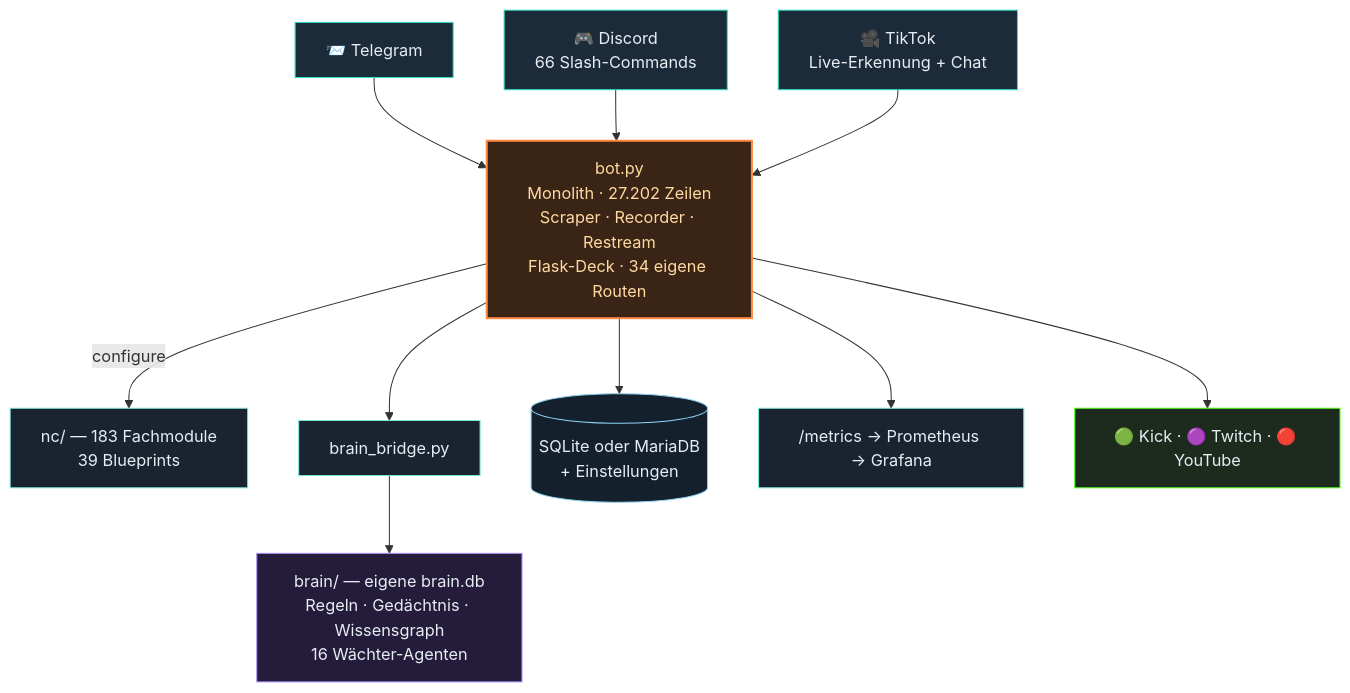
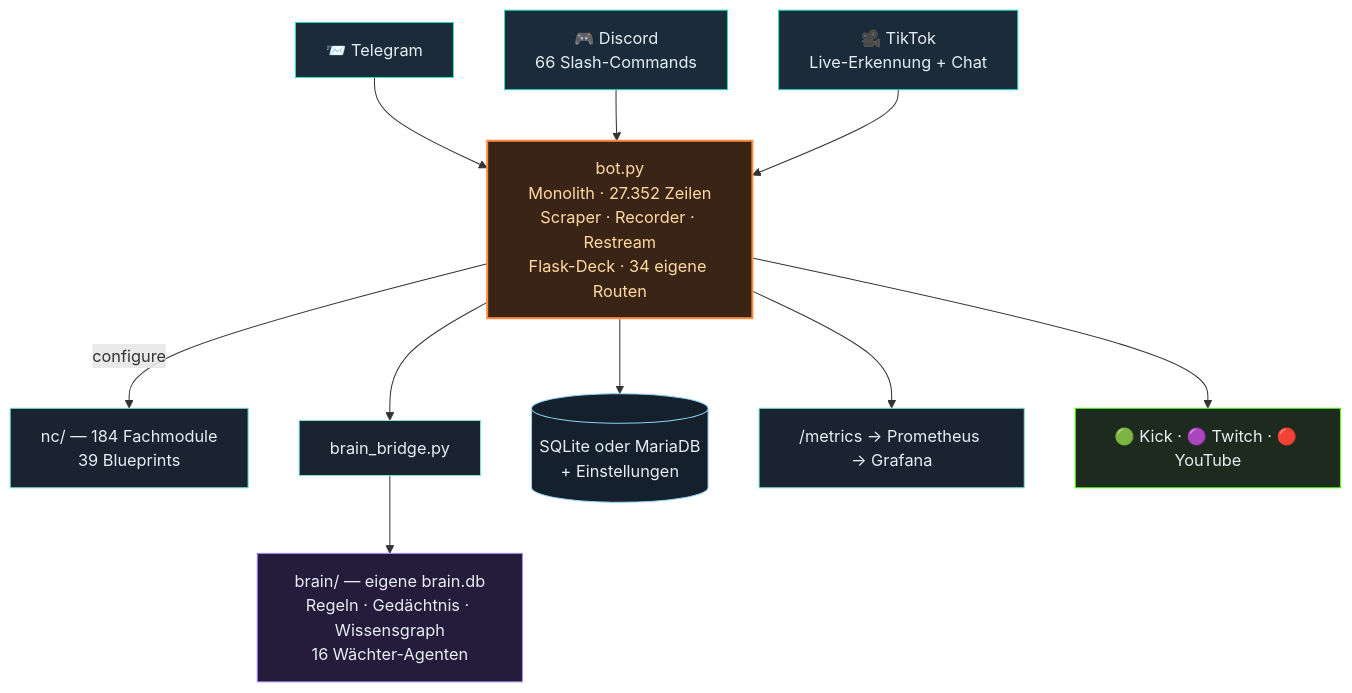
Before and after one commit to itsamemedev/Telegram-Stream-Info-Bot: the second of 3 diagrams in README.md, drawn with Mermaid. The commit also changed other lines of this file and 21 other files, not shown here.

````diff
--- a/README.md
+++ b/README.md
@@ -118,19 +118,19 @@
 ```mermaid
 flowchart TB
     TG["📨 Telegram"]:::ein --> BOT
     DC["🎮 Discord<br/>66 Slash-Commands"]:::ein --> BOT
     TT["🎥 TikTok<br/>Live-Erkennung + Chat"]:::ein --> BOT
-    BOT["bot.py<br/>Monolith · 27.202 Zeilen<br/>Scraper · Recorder · Restream<br/>Flask-Deck · 34 eigene Routen"]:::core
-    BOT -->|configure| NC["nc/ — 183 Fachmodule<br/>39 Blueprints"]:::lib
+    BOT["bot.py<br/>Monolith · 27.352 Zeilen<br/>Scraper · Recorder · Restream<br/>Flask-Deck · 34 eigene Routen"]:::core
+    BOT -->|configure| NC["nc/ — 184 Fachmodule<br/>39 Blueprints"]:::lib
     BOT --> BR["brain_bridge.py"]:::lib
     BR --> BRAIN["brain/ — eigene brain.db<br/>Regeln · Gedächtnis · Wissensgraph<br/>16 Wächter-Agenten"]:::brain
     BOT --> DB[("SQLite oder MariaDB<br/>+ Einstellungen")]:::db
     BOT --> PROM["/metrics → Prometheus → Grafana"]:::lib
     BOT --> OUT["🟢 Kick · 🟣 Twitch · 🔴 YouTube"]:::out
     classDef ein fill:#1c2b3a,stroke:#2de1c2,color:#e6edf3
     classDef core fill:#3a2415,stroke:#ff8c42,stroke-width:2px,color:#ffd9a0
     classDef lib fill:#1a2430,stroke:#7fe7d4,color:#e6edf3
     classDef brain fill:#241c3a,stroke:#a78bfa,color:#e6edf3
     classDef db fill:#14202c,stroke:#8fd3f4,color:#e6edf3
     classDef out fill:#1c2b1e,stroke:#53fc18,color:#e6edf3
 ```
````
